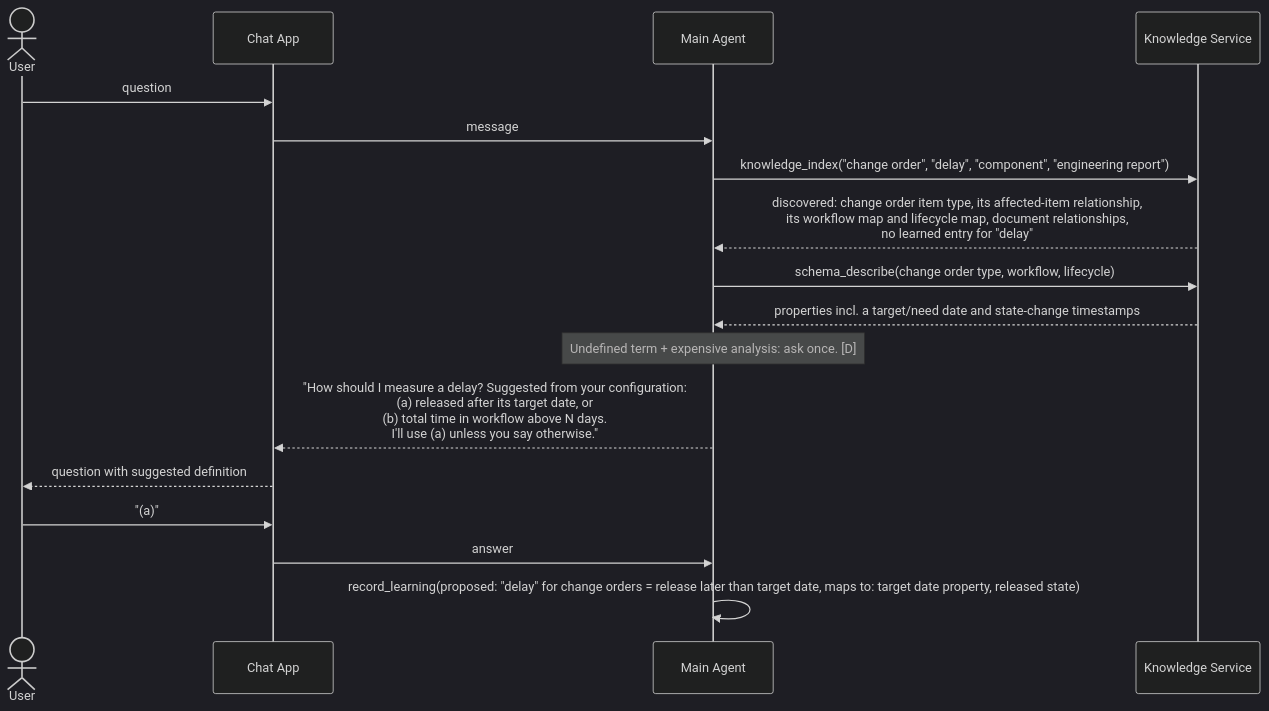
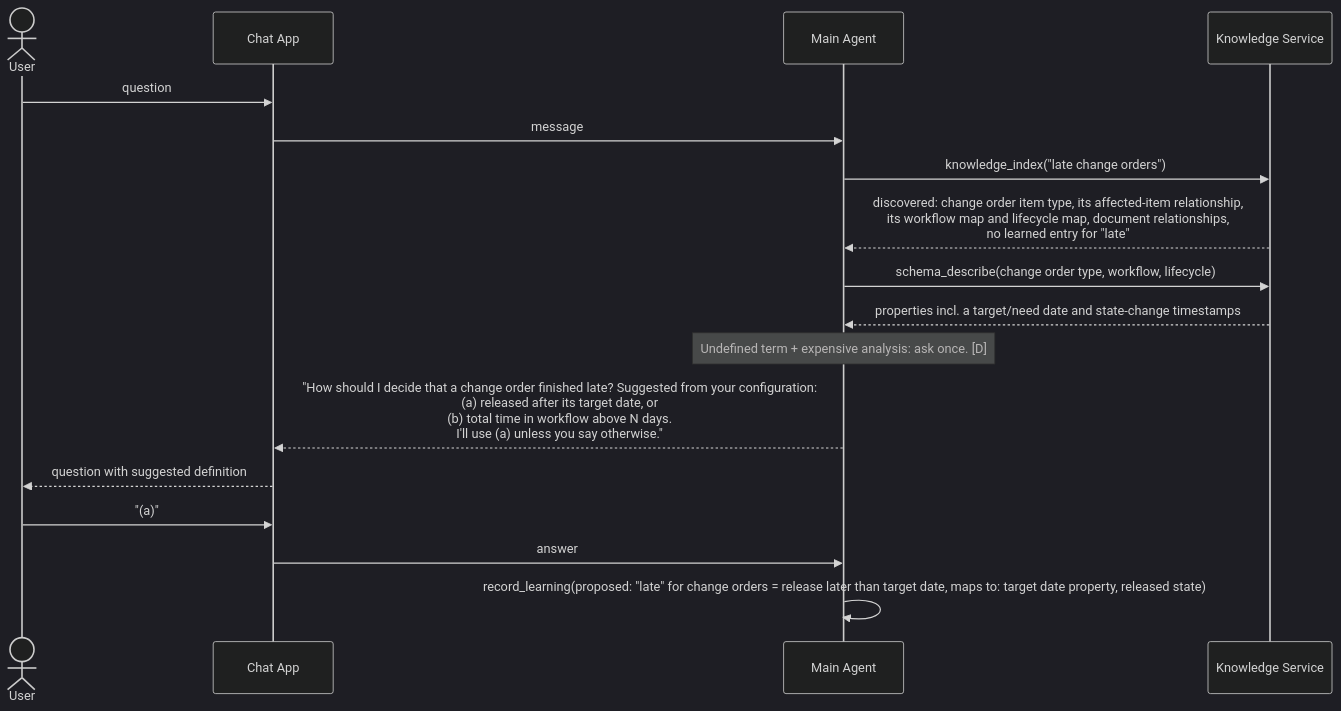
Before and after one commit to omkarbhale/aras-insight: the fourth of 8 diagrams in docs/architecture/question-lifecycle.md, drawn with Mermaid (dark theme). The commit also changed other lines of this file and 60 other files, not shown here.

````diff
--- a/docs/architecture/question-lifecycle.md
+++ b/docs/architecture/question-lifecycle.md
@@ -120,20 +120,20 @@
 ```mermaid
 sequenceDiagram
     actor U as User
     participant App as Chat App
     participant MA as Main Agent
     participant KS as Knowledge Service
 
     U->>App: question
     App->>MA: message
-    MA->>KS: knowledge_index("change order", "delay", "component", "engineering report")
-    KS-->>MA: discovered: change order item type, its affected-item relationship,<br/>its workflow map and lifecycle map, document relationships,<br/>no learned entry for "delay"
+    MA->>KS: knowledge_index("late change orders")
+    KS-->>MA: discovered: change order item type, its affected-item relationship,<br/>its workflow map and lifecycle map, document relationships,<br/>no learned entry for "late"
     MA->>KS: schema_describe(change order type, workflow, lifecycle)
     KS-->>MA: properties incl. a target/need date and state-change timestamps
     Note over MA: Undefined term + expensive analysis: ask once. [D]
-    MA-->>App: "How should I measure a delay? Suggested from your configuration:<br/>(a) released after its target date, or<br/>(b) total time in workflow above N days.<br/>I'll use (a) unless you say otherwise."
+    MA-->>App: "How should I decide that a change order finished late? Suggested from your configuration:<br/>(a) released after its target date, or<br/>(b) total time in workflow above N days.<br/>I'll use (a) unless you say otherwise."
     App-->>U: question with suggested definition
     U->>App: "(a)"
     App->>MA: answer
-    MA->>MA: record_learning(proposed: "delay" for change orders = release later than target date, maps to: target date property, released state)
+    MA->>MA: record_learning(proposed: "late" for change orders = release later than target date, maps to: target date property, released state)
 ```
````
